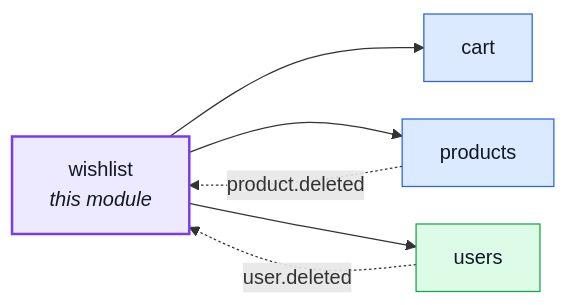
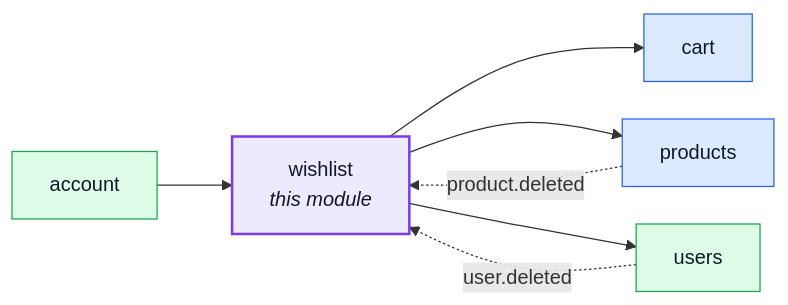
Before and after one commit to Guebbit/boilerplate-node-backend: the first of 2 diagrams in docs/modules/wishlist.md, drawn with Mermaid. The commit also changed 69 other files, not shown here.

````diff
--- a/docs/modules/wishlist.md
+++ b/docs/modules/wishlist.md
@@ -16,22 +16,24 @@
 ```mermaid
 %%{init: {'flowchart': {'nodeSpacing': 30, 'rankSpacing': 60}}}%%
 flowchart LR
     wishlist["wishlist<br/><i>this module</i>"]
+    account["account"]
     cart["cart"]
     products["products"]
     users["users"]
 
+    account --> wishlist
     wishlist --> cart
     wishlist --> products
     wishlist --> users
     products -. "product.deleted" .-> wishlist
     users -. "user.deleted" .-> wishlist
 
     classDef core fill:#dbeafe,stroke:#2563eb,color:#111827;
     classDef supporting fill:#fef3c7,stroke:#d97706,color:#111827;
     classDef generic fill:#dcfce7,stroke:#16a34a,color:#111827;
     classDef centre fill:#ede9fe,stroke:#7c3aed,stroke-width:2px,color:#111827;
     class cart,products core;
-    class users generic;
+    class account,users generic;
     class wishlist centre;
 ```
````
